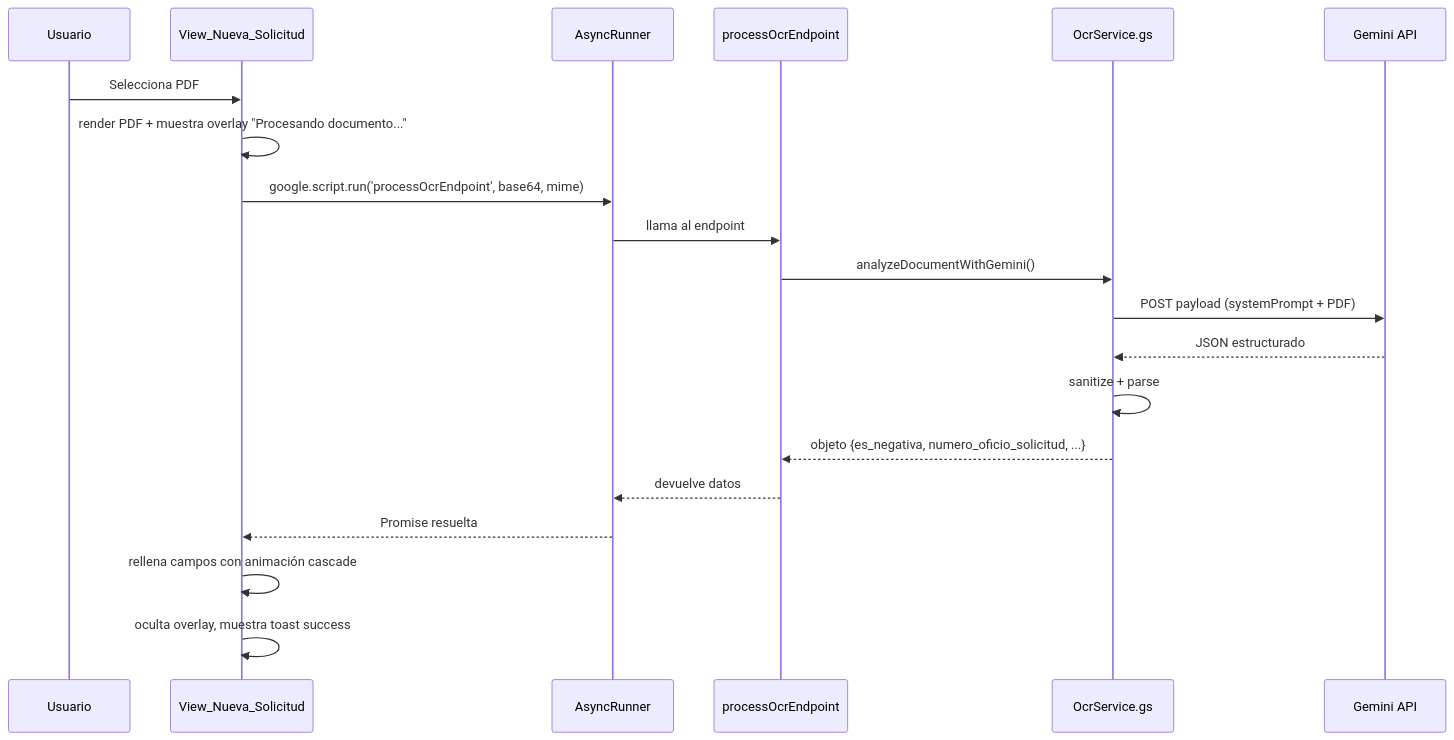
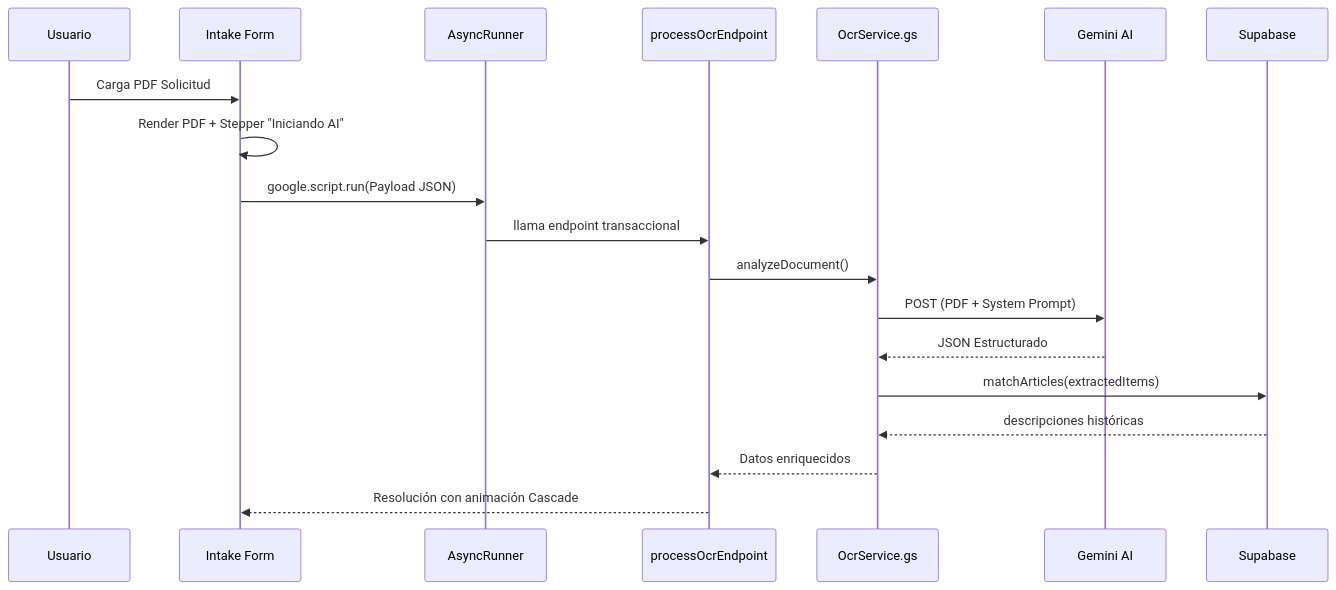
The third of 3 diagrams in README.md (jlangarica/Division-Servicios-Administrativos), drawn with Mermaid before and after one commit. The commit also changed other lines of this file, not shown here.

````diff
--- a/README.md
+++ b/README.md
@@ -211,23 +204,22 @@
 ```mermaid
 sequenceDiagram
     participant U as Usuario
-    participant UI as View_Nueva_Solicitud
+    participant UI as Intake Form
     participant AR as AsyncRunner
     participant EP as processOcrEndpoint
     participant OCR as OcrService.gs
-    participant G as Gemini API
+    participant G as Gemini AI
+    participant S as Supabase
 
-    U->>UI: Selecciona PDF
-    UI->>UI: render PDF + muestra overlay "Procesando documento..."
-    UI->>AR: google.script.run('processOcrEndpoint', base64, mime)
-    AR->>EP: llama al endpoint
-    EP->>OCR: analyzeDocumentWithGemini()
-    OCR->>G: POST payload (systemPrompt + PDF)
-    G-->>OCR: JSON estructurado
-    OCR->>OCR: sanitize + parse
-    OCR-->>EP: objeto {es_negativa, numero_oficio_solicitud, ...}
-    EP-->>AR: devuelve datos
-    AR-->>UI: Promise resuelta
-    UI->>UI: rellena campos con animación cascade
-    UI->>UI: oculta overlay, muestra toast success
+    U->>UI: Carga PDF Solicitud
+    UI->>UI: Render PDF + Stepper "Iniciando AI"
+    UI->>AR: google.script.run(Payload JSON)
+    AR->>EP: llama endpoint transaccional
+    EP->>OCR: analyzeDocument()
+    OCR->>G: POST (PDF + System Prompt)
+    G-->>OCR: JSON Estructurado
+    OCR->>S: matchArticles(extractedItems)
+    S-->>OCR: descripciones históricas
+    OCR-->>EP: Datos enriquecidos
+    EP-->>UI: Resolución con animación Cascade
 ```
````
